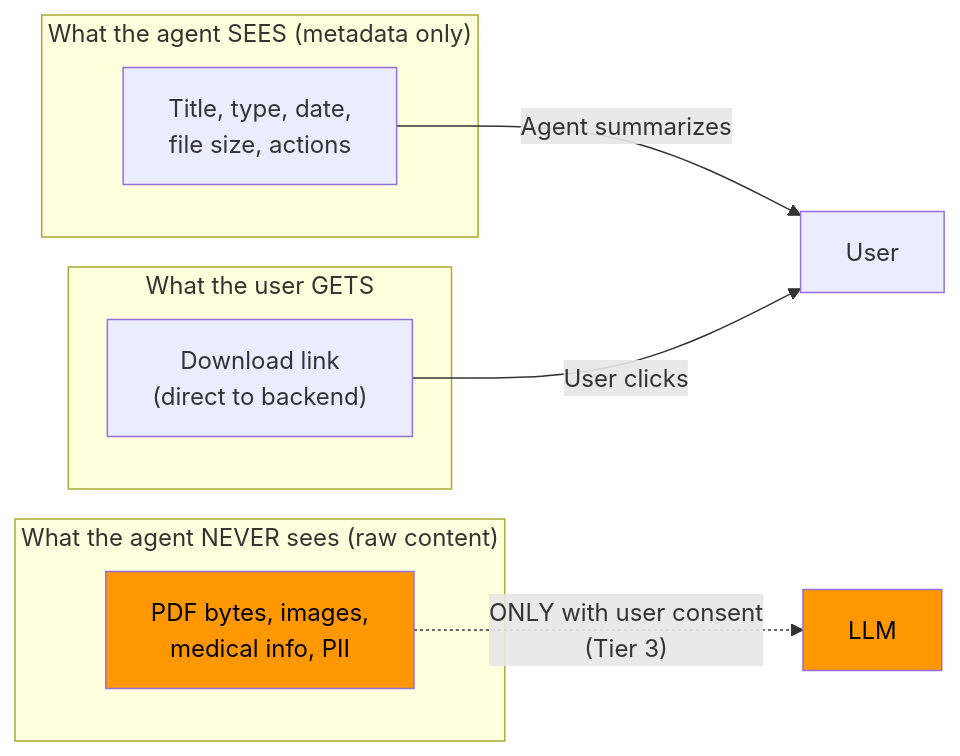
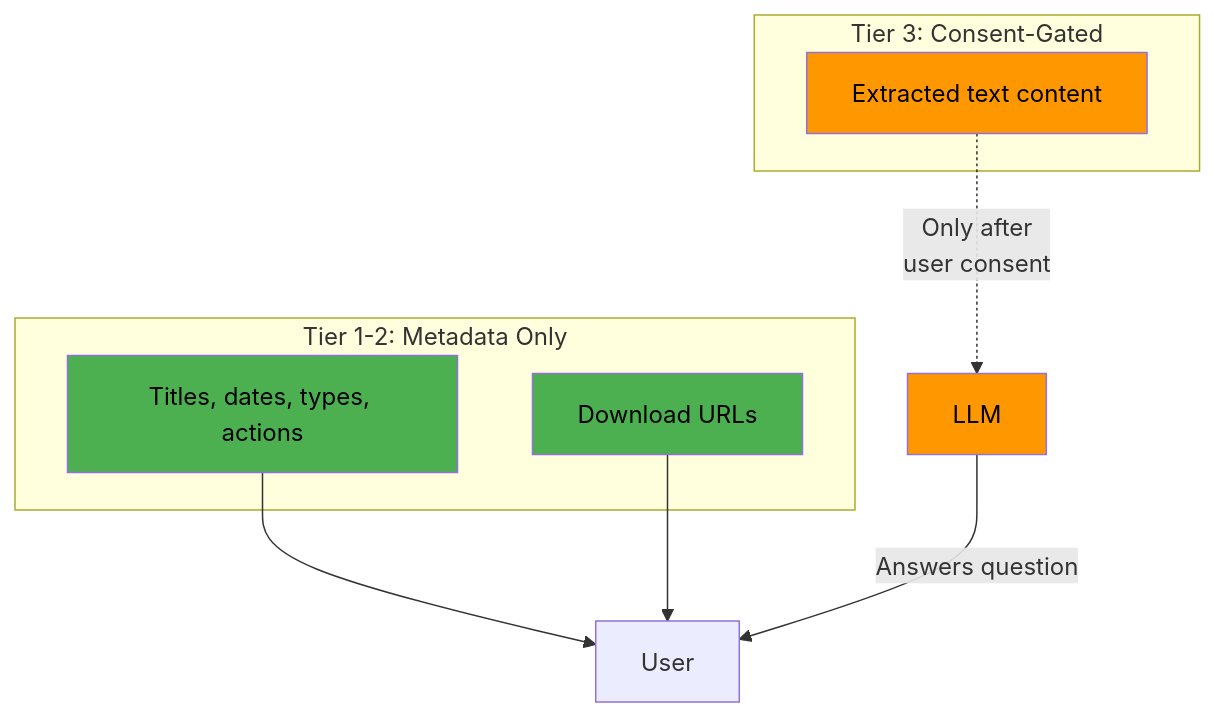
The third of 16 diagrams in PLAN.md (vinismoraes/hackathon-agent-documents), drawn with Mermaid before and after one commit. The commit also changed other lines of this file, not shown here.

First line of the commit message:
Simplify Mermaid diagrams for readability

````diff
--- a/PLAN.md
+++ b/PLAN.md
@@ -146,21 +146,21 @@
 ```mermaid
-flowchart LR
-    subgraph "What the agent SEES (metadata only)"
-        META["Title, type, date,\nfile size, actions"]
+flowchart TD
+    subgraph TIER12 ["Tier 1-2: Metadata Only"]
+        META["Titles, dates, types, actions"]
+        LINK["Download URLs"]
     end
 
-    subgraph "What the agent NEVER sees (raw content)"
-        CONTENT["PDF bytes, images,\nmedical info, PII"]
+    subgraph TIER3 ["Tier 3: Consent-Gated"]
+        CONTENT["Extracted text content"]
     end
 
-    subgraph "What the user GETS"
-        LINK["Download link\n(direct to backend)"]
-    end
-
-    META -->|"Agent summarizes"| USER[User]
-    LINK -->|"User clicks"| USER
-    CONTENT -.->|"ONLY with user consent\n(Tier 3)"| LLM[LLM]
+    META --> USER[User]
+    LINK --> USER
+    CONTENT -.->|"Only after\nuser consent"| LLM[LLM]
+    LLM -->|"Answers question"| USER
 
     style CONTENT fill:#ff9800,color:#000
     style LLM fill:#ff9800,color:#000
+    style META fill:#4caf50,color:#000
+    style LINK fill:#4caf50,color:#000
 ```
````
